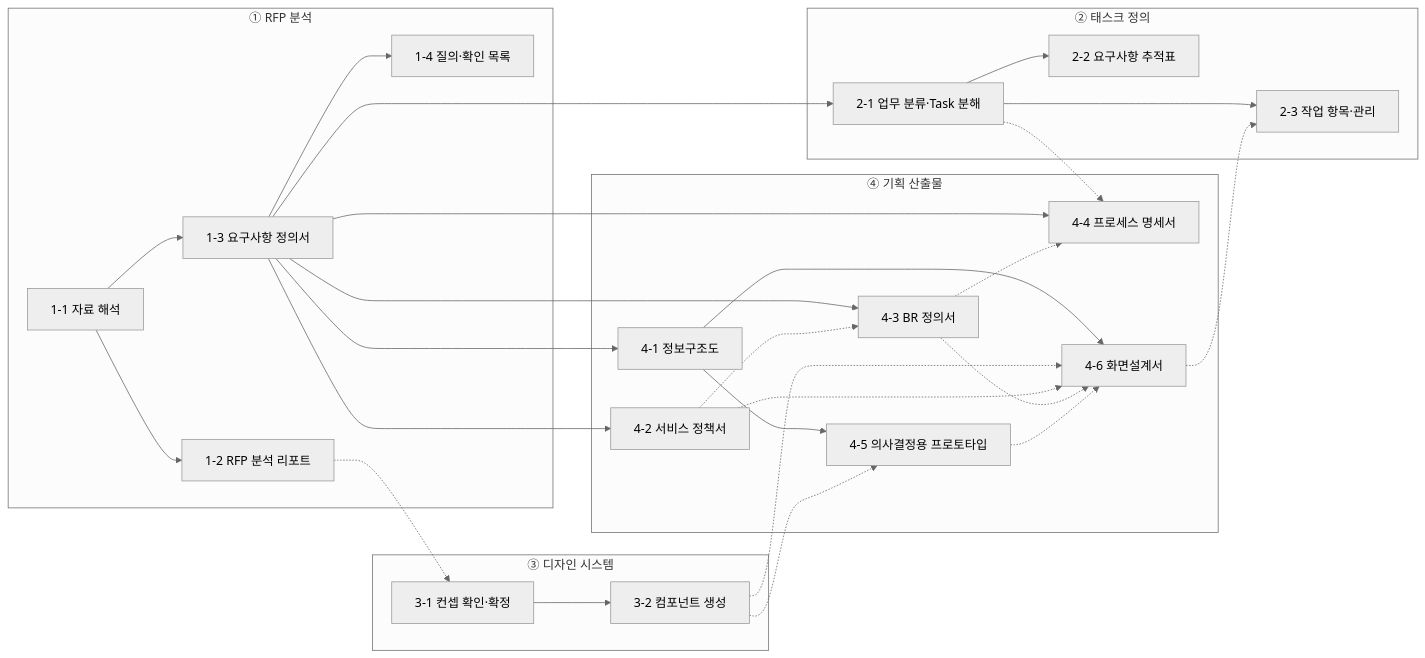
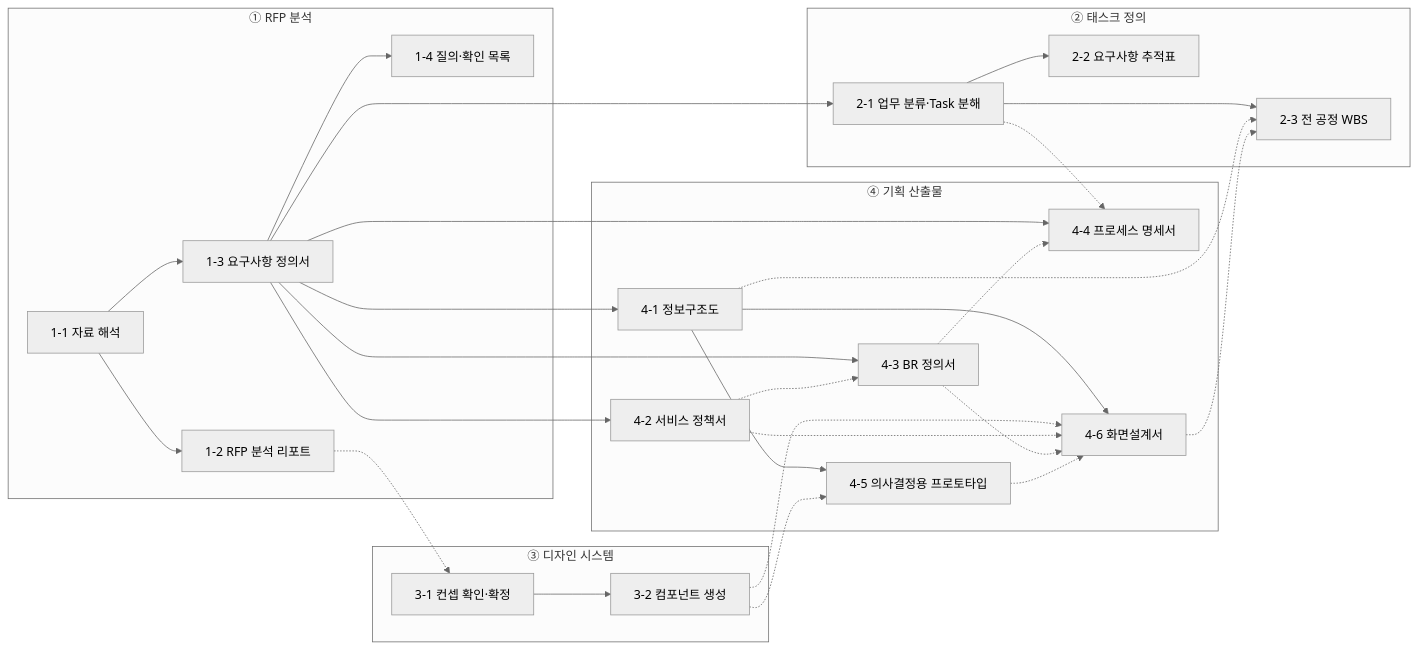
One commit to ByeongJooSung/planning changed the second of 5 diagrams in docs/PRD.md. Above: the diagram before and after it, drawn with Mermaid (neutral theme). The commit also changed other lines of this file, not shown here.

First line of the commit message:
PRD v1.1: 공공 SI 우선 · 전 공정 WBS 공정 자동화 반영

````diff
--- a/docs/PRD.md
+++ b/docs/PRD.md
@@ -340,40 +353,41 @@
 ```mermaid
 flowchart LR
   subgraph G1["① RFP 분석"]
     A1["1-1 자료 해석"] --> A2["1-2 RFP 분석 리포트"]
     A1 --> A3["1-3 요구사항 정의서"]
     A3 --> A4["1-4 질의·확인 목록"]
   end
   subgraph G2["② 태스크 정의"]
     B1["2-1 업무 분류·Task 분해"] --> B2["2-2 요구사항 추적표"]
-    B1 --> B3["2-3 작업 항목·관리"]
+    B1 --> B3["2-3 전 공정 WBS"]
   end
   subgraph G3["③ 디자인 시스템"]
     C1["3-1 컨셉 확인·확정"] --> C2["3-2 컴포넌트 생성"]
   end
   subgraph G4["④ 기획 산출물"]
     D1["4-1 정보구조도"]
     D2["4-2 서비스 정책서"]
     D3["4-3 BR 정의서"]
     D4["4-4 프로세스 명세서"]
     D5["4-5 의사결정용 프로토타입"]
     D6["4-6 화면설계서"]
   end
   A3 --> B1
   A3 --> D1
   A3 --> D2
   A3 --> D3
   A3 --> D4
   D1 --> D5
   D1 --> D6
   A2 -.-> C1
   D2 -.-> D3
   B1 -.-> D4
   D3 -.-> D4
   C2 -.-> D5
   C2 -.-> D6
   D2 -.-> D6
   D3 -.-> D6
   D5 -.-> D6
+  D1 -.-> B3
   D6 -.-> B3
 ```
````
